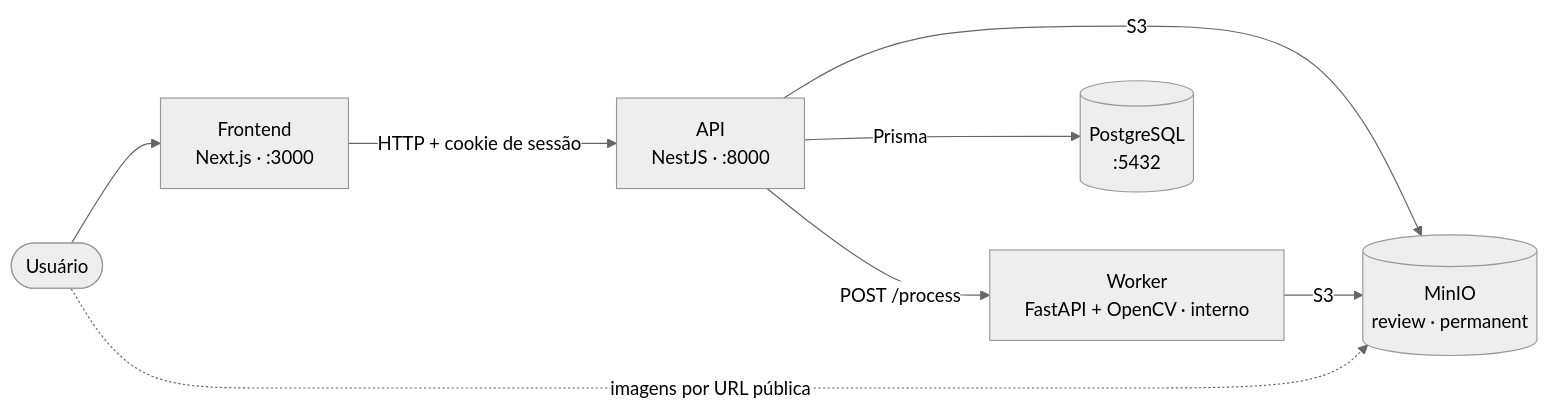
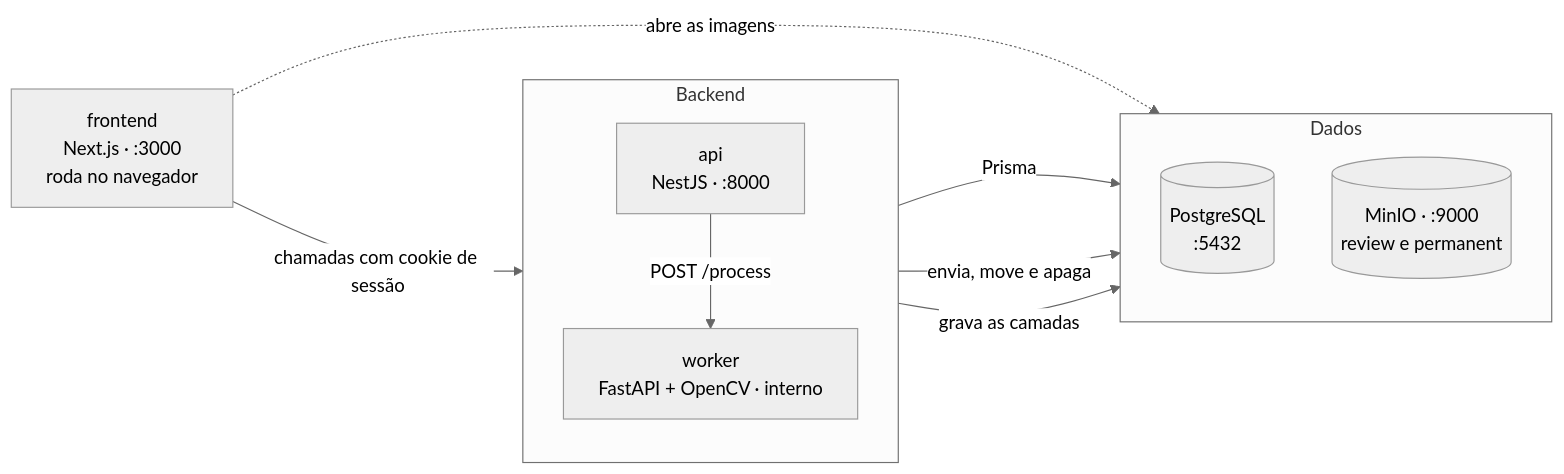
One commit to d3vluz/HawkEye changed the first of 4 diagrams in docs/arquitetura.md. Above: the diagram before and after it, drawn with Mermaid (neutral theme). The commit also changed other lines of this file and 9 other files, not shown here.

````diff
--- a/docs/arquitetura.md
+++ b/docs/arquitetura.md
@@ -5,10 +5,23 @@
 ```mermaid
 flowchart LR
-    U([Usuário]) --> FE["Frontend<br/>Next.js · :3000"]
-    FE -->|HTTP + cookie de sessão| API["API<br/>NestJS · :8000"]
-    API -->|POST /process| WK["Worker<br/>FastAPI + OpenCV · interno"]
-    API -->|Prisma| DB[("PostgreSQL<br/>:5432")]
-    API -->|S3| S3[("MinIO<br/>review · permanent")]
-    WK -->|S3| S3
-    U -.->|imagens por URL pública| S3
+    FE["frontend<br/>Next.js · :3000<br/>roda no navegador"]
+
+    subgraph backend["Backend"]
+        direction TB
+        API["api<br/>NestJS · :8000"]
+        WK["worker<br/>FastAPI + OpenCV · interno"]
+    end
+
+    subgraph dados["Dados"]
+        direction TB
+        DB[("PostgreSQL<br/>:5432")]
+        S3[("MinIO · :9000<br/>review e permanent")]
+    end
+
+    FE -->|chamadas com cookie de sessão| API
+    FE -.->|abre as imagens| S3
+    API -->|POST /process| WK
+    API -->|Prisma| DB
+    API -->|envia, move e apaga| S3
+    WK -->|grava as camadas| S3
 ```
````
